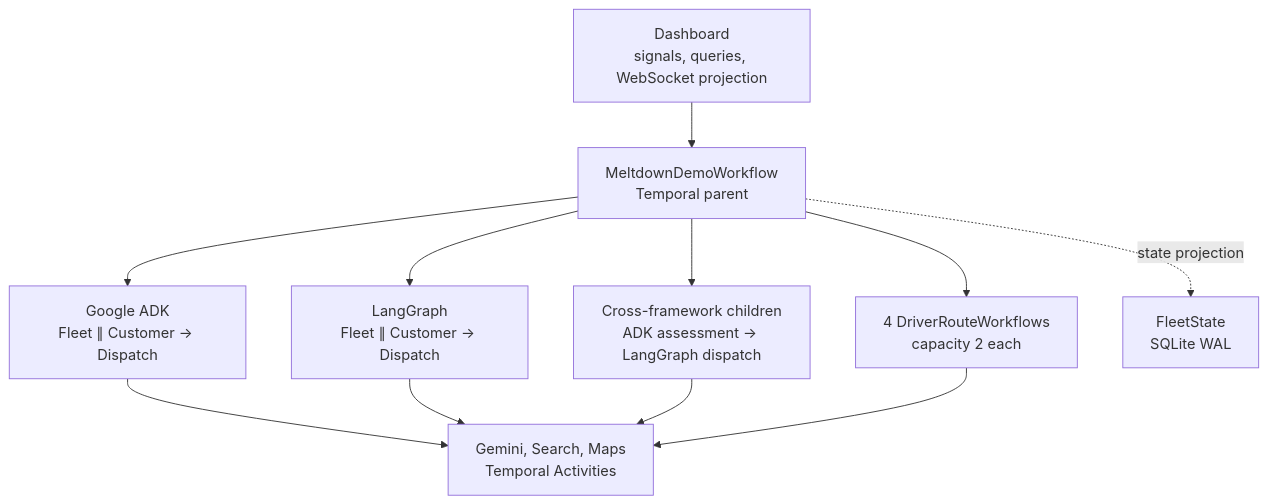
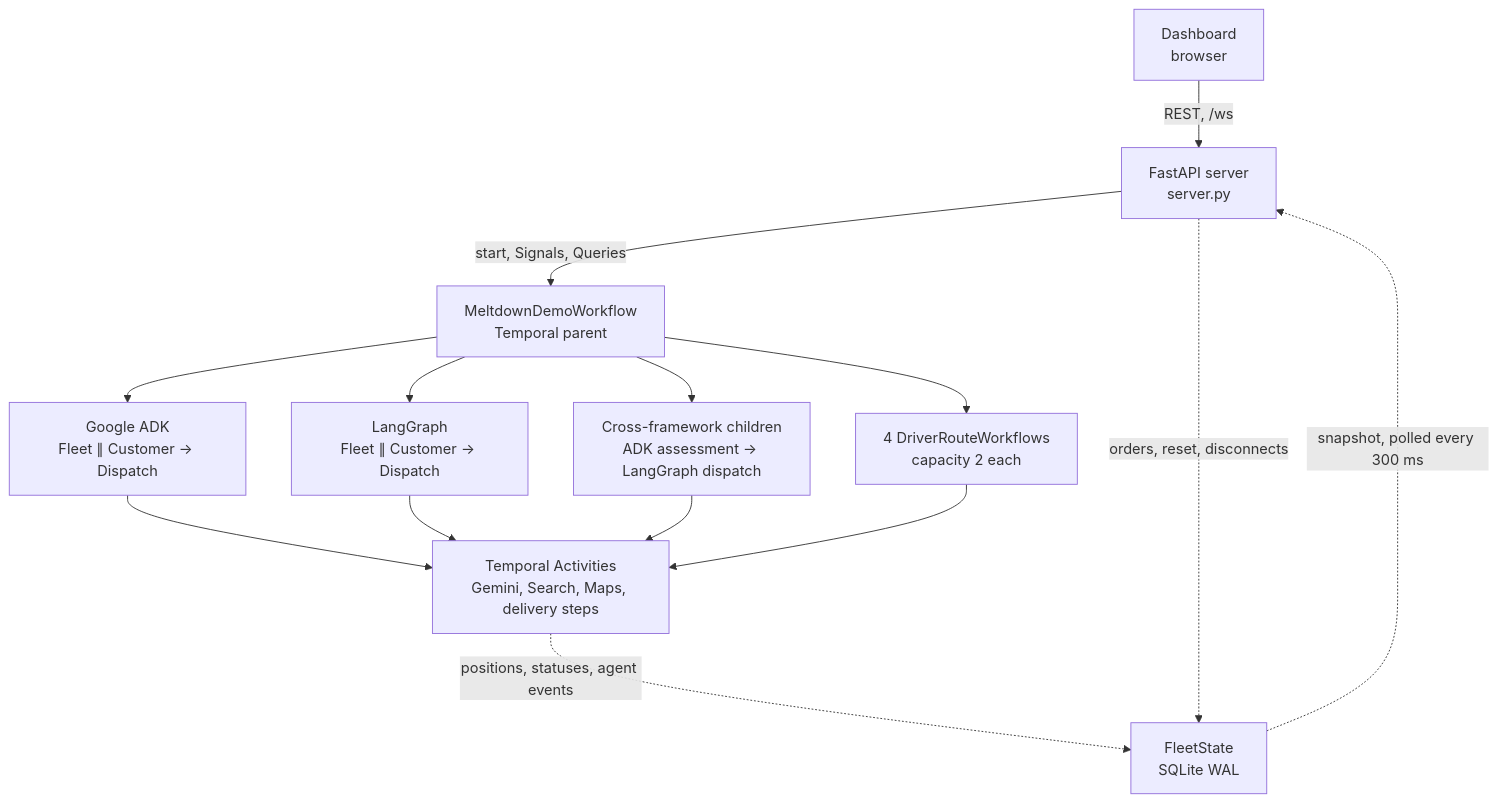
One commit to temporal-community/temporal-ai-hitl-adk-langgraph changed the diagram in README.md. Above: the diagram before and after it, drawn with Mermaid. The commit also changed other lines of this file and 1 other file, not shown here.

First line of the commit message:
README follow-ups for the content framework (docs only)

````diff
--- a/README.md
+++ b/README.md
@@ -152,15 +159,18 @@
 ```mermaid
 flowchart TB
     accTitle: Durable HITL agents architecture
-    accDescr: The dashboard sends Signals and Queries to MeltdownDemoWorkflow, the Temporal parent. The parent runs the Google ADK team or the LangGraph team inline (Fleet and Customer in parallel, then Dispatch), or on the Cross-Framework tab an ADK assessment child followed by a LangGraph dispatch child. It also runs four DriverRouteWorkflows with capacity 2 each. The agent teams call Gemini, Google Search, and Google Maps, and the drivers call Google Maps, all through Temporal Activities. The parent projects state into a SQLite FleetState file that the dashboard reads.
-    UI["Dashboard<br/>signals, queries, WebSocket projection"] --> P["MeltdownDemoWorkflow<br/>Temporal parent"]
+    accDescr: The browser dashboard talks to a FastAPI server over REST and a WebSocket. FastAPI starts MeltdownDemoWorkflow, the Temporal parent, and sends it Signals and Queries. The parent runs the Google ADK team or the LangGraph team inline (Fleet and Customer in parallel, then Dispatch), or on the Cross-Framework tab an ADK assessment child followed by a LangGraph dispatch child. It also runs four DriverRouteWorkflows with capacity 2 each. The agent teams call Gemini, Google Search, and Google Maps, and the drivers call Google Maps and run the delivery steps, all through Temporal Activities. Activities write positions, statuses, and agent events to a SQLite FleetState file. FastAPI also writes it for injected orders, resets, and driver and agent disconnects, and reads it to push snapshots to the dashboard.
+    UI["Dashboard<br/>browser"] -- "REST, /ws" --> API["FastAPI server<br/>server.py"]
+    API -- "start, Signals, Queries" --> P["MeltdownDemoWorkflow<br/>Temporal parent"]
     P --> A["Google ADK<br/>Fleet ∥ Customer → Dispatch"]
     P --> L["LangGraph<br/>Fleet ∥ Customer → Dispatch"]
     P --> X["Cross-framework children<br/>ADK assessment → LangGraph dispatch"]
     P --> D["4 DriverRouteWorkflows<br/>capacity 2 each"]
-    A --> G["Gemini, Search, Maps<br/>Temporal Activities"]
+    A --> G["Temporal Activities<br/>Gemini, Search, Maps, delivery steps"]
     L --> G
     X --> G
     D --> G
-    P -. "state projection" .-> DB["FleetState<br/>SQLite WAL"]
+    G -. "positions, statuses, agent events" .-> DB["FleetState<br/>SQLite WAL"]
+    API -. "orders, reset, disconnects" .-> DB
+    DB -. "snapshot, polled every 300 ms" .-> API
 ```
````
